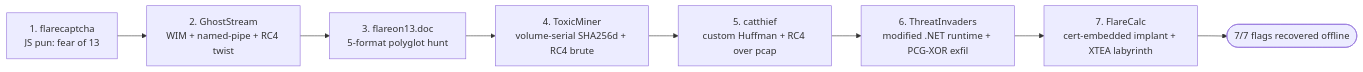
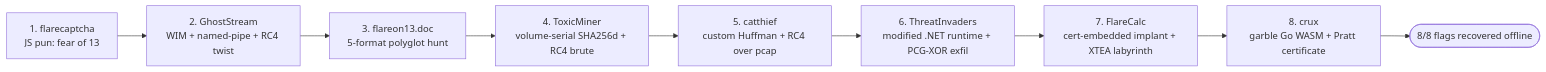
The diagram in writeups/README.md (blackbeard666/flareon-13-2026-ai-writeups), drawn with Mermaid before and after one commit. The commit also changed other lines of this file and 37 other files, not shown here.

````diff
--- a/writeups/README.md
+++ b/writeups/README.md
@@ -21,10 +23,11 @@
 ```mermaid
 flowchart LR
     C1[1. flarecaptcha<br/>JS pun: fear of 13] --> C2[2. GhostStream<br/>WIM + named-pipe + RC4 twist]
     C2 --> C3[3. flareon13.doc<br/>5-format polyglot hunt]
     C3 --> C4[4. ToxicMiner<br/>volume-serial SHA256d + RC4 brute]
     C4 --> C5[5. catthief<br/>custom Huffman + RC4 over pcap]
     C5 --> C6[6. ThreatInvaders<br/>modified .NET runtime + PCG-XOR exfil]
     C6 --> C7[7. FlareCalc<br/>cert-embedded implant + XTEA labyrinth]
-    C7 --> DONE([7/7 flags recovered offline])
+    C7 --> C8[8. crux<br/>garble Go WASM + Pratt certificate]
+    C8 --> DONE([8/8 flags recovered offline])
 ```
````
